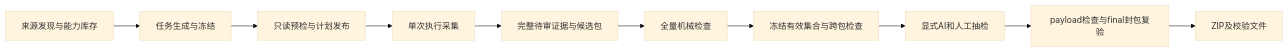
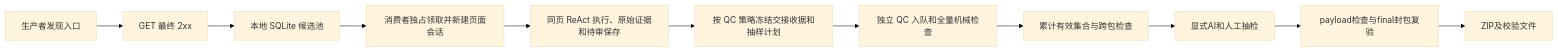
One commit to askingwindy/web_info_collection changed the diagram in README.md. Above: the diagram before and after it, drawn with Mermaid (base theme). The commit also changed other lines of this file and 45 other files, not shown here.

````diff
--- a/README.md
+++ b/README.md
@@ -132,12 +149,13 @@
 ```mermaid
 flowchart LR
-    A[来源发现与能力库存] --> B[任务生成与冻结]
-    B --> C[只读预检与计划发布]
-    C --> D[单次执行采集]
-    D --> E[完整待审证据与候选包]
-    E --> F[全量机械检查]
-    F --> H[冻结有效集合与跨包检查]
+    A[生产者发现入口] --> B[GET 最终 2xx]
+    B --> C[本地 SQLite 候选池]
+    C --> D[消费者独占领取并新建页面会话]
+    D --> E[同页 ReAct 执行、原始证据和待审保存]
+    E --> F[按 QC 策略冻结交接收据和抽样计划]
+    F --> K[独立 QC 入队和全量机械检查]
+    K --> H[累计有效集合与跨包检查]
     H --> G[显式AI和人工抽检]
     G --> I[payload检查与final封包复验]
     I --> J[ZIP及校验文件]
 ```
````
